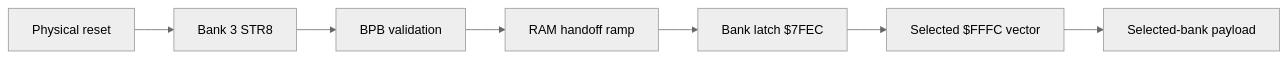
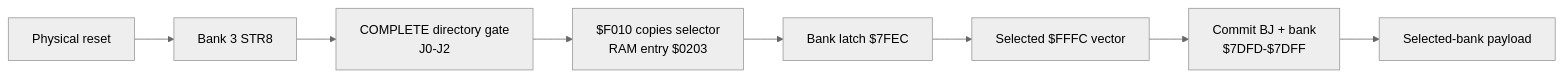
The fifth of 6 diagrams in DOC/GENERATED/CONTROL_DECK_MAP.md (95westus/R-YORS), drawn with Mermaid (neutral theme) before and after one commit. The commit also changed other lines of this file and 94 other files, not shown here.

````diff
--- a/DOC/GENERATED/CONTROL_DECK_MAP.md
+++ b/DOC/GENERATED/CONTROL_DECK_MAP.md
@@ -88,9 +88,10 @@
 ```mermaid
 flowchart LR
     RESET["Physical reset"] --> B3["Bank 3 STR8"]
-    B3 --> BPB["BPB validation"]
-    BPB --> RAMP["RAM handoff ramp"]
+    B3 --> DIR["COMPLETE directory gate<br/>J0-J2"]
+    DIR --> RAMP["$F010 copies selector<br/>RAM entry $0203"]
     RAMP --> LATCH["Bank latch $7FEC"]
     LATCH --> VECTOR["Selected $FFFC vector"]
-    VECTOR --> GUEST["Selected-bank payload"]
+    VECTOR --> BJR["Commit BJ + bank<br/>$7DFD-$7DFF"]
+    BJR --> GUEST["Selected-bank payload"]
 ```
````
